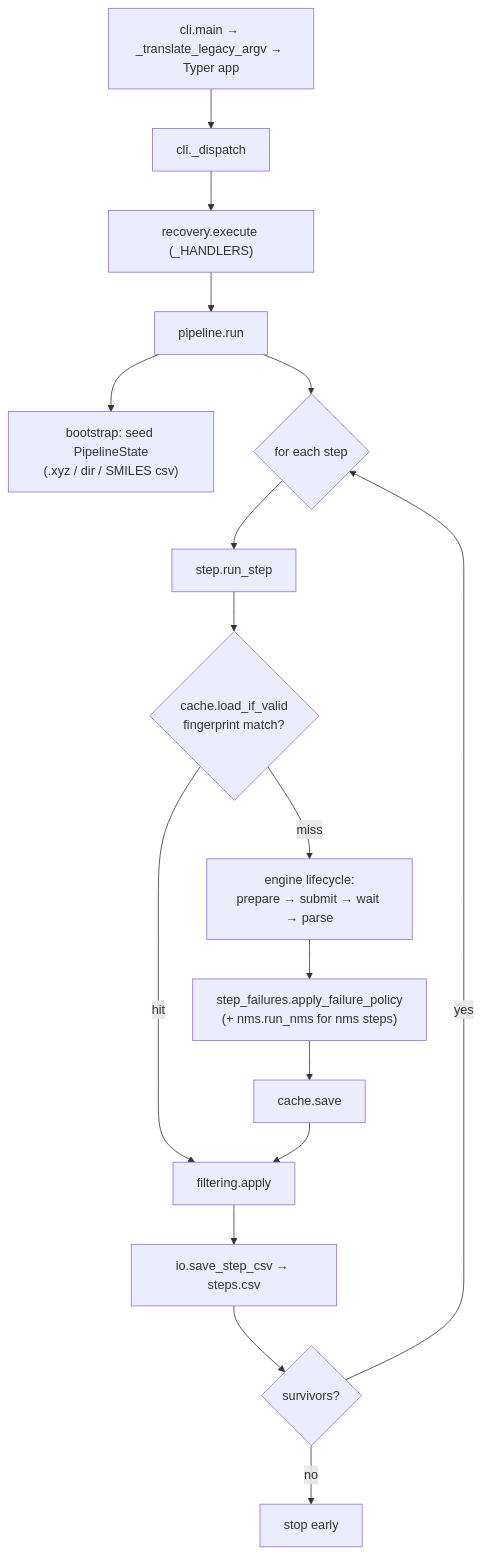
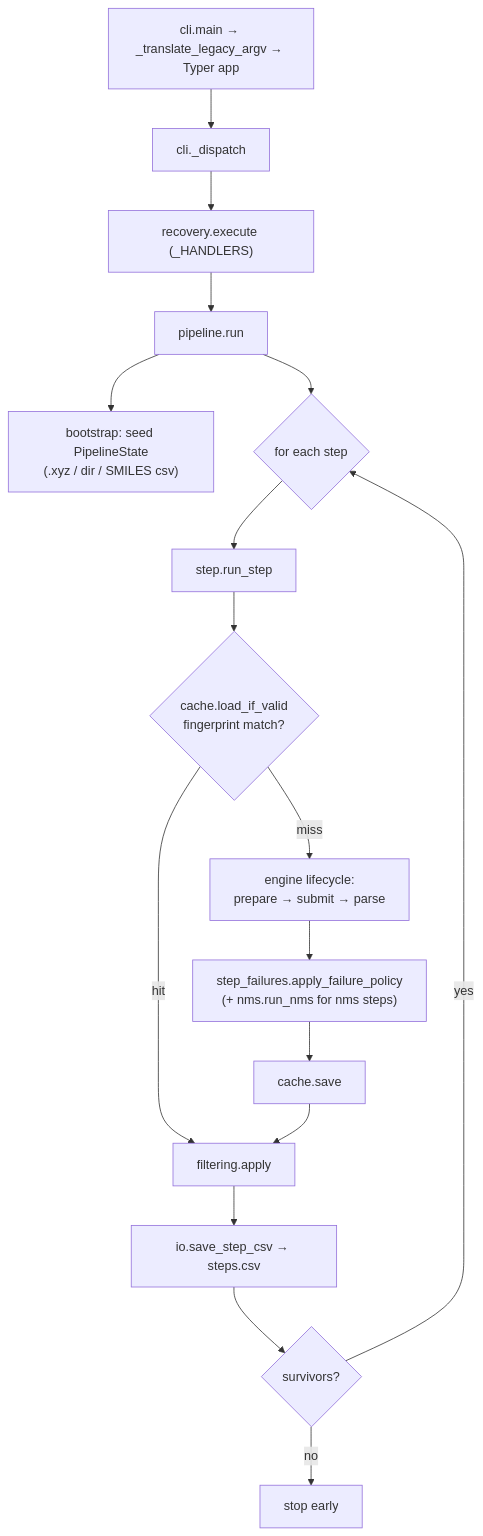
The first of 2 diagrams in docs/concepts/architecture.md (sterling-group/ChemRefine), drawn with Mermaid before and after one commit. The commit also changed other lines of this file and 39 other files, not shown here.

First line of the commit message:
refactor: make engines plugins — flat submit, BatchEngine base, capability by Protocol

````diff
--- a/docs/concepts/architecture.md
+++ b/docs/concepts/architecture.md
@@ -25,19 +25,19 @@
 ```mermaid
 flowchart TD
   CLI["cli.main → _translate_legacy_argv → Typer app"] --> DISP["cli._dispatch"]
   DISP --> REC["recovery.execute (_HANDLERS)"]
   REC --> RUN["pipeline.run"]
   RUN --> BOOT["bootstrap: seed PipelineState\n(.xyz / dir / SMILES csv)"]
   RUN --> LOOP{"for each step"}
   LOOP --> STEP["step.run_step"]
   STEP --> CACHE{"cache.load_if_valid\nfingerprint match?"}
   CACHE -- hit --> FILT["filtering.apply"]
-  CACHE -- miss --> LIFE["engine lifecycle:\nprepare → submit → wait → parse"]
+  CACHE -- miss --> LIFE["engine lifecycle:\nprepare → submit → parse"]
   LIFE --> POL["step_failures.apply_failure_policy\n(+ nms.run_nms for nms steps)"]
   POL --> SAVE["cache.save"]
   SAVE --> FILT
   FILT --> CSV["io.save_step_csv → steps.csv"]
   CSV --> NEXT{"survivors?"}
   NEXT -- yes --> LOOP
   NEXT -- no --> STOP["stop early"]
 ```
````
